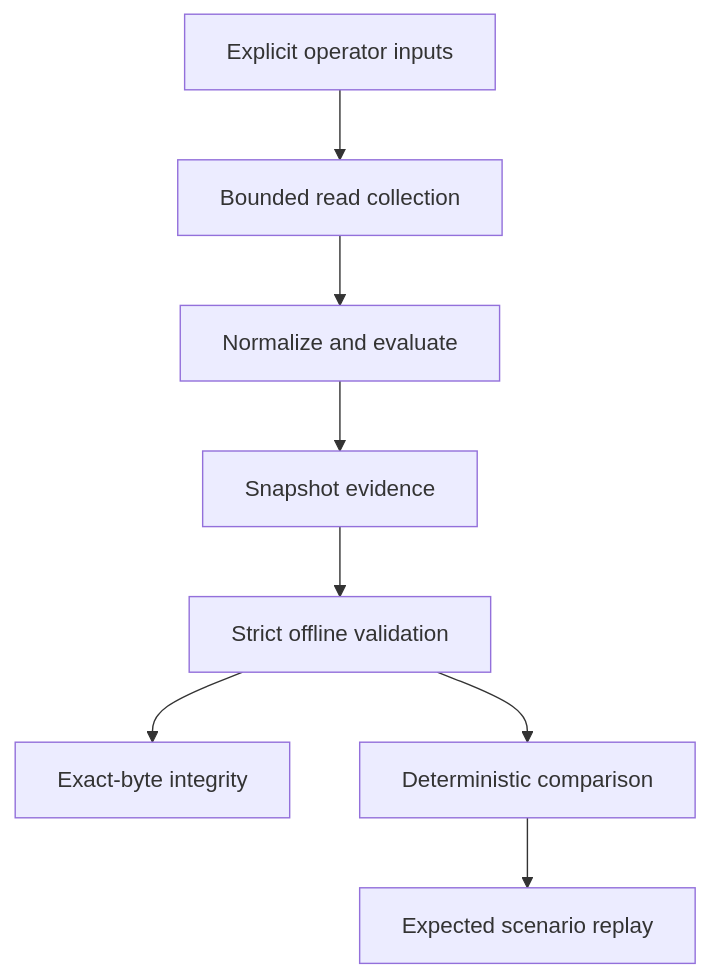
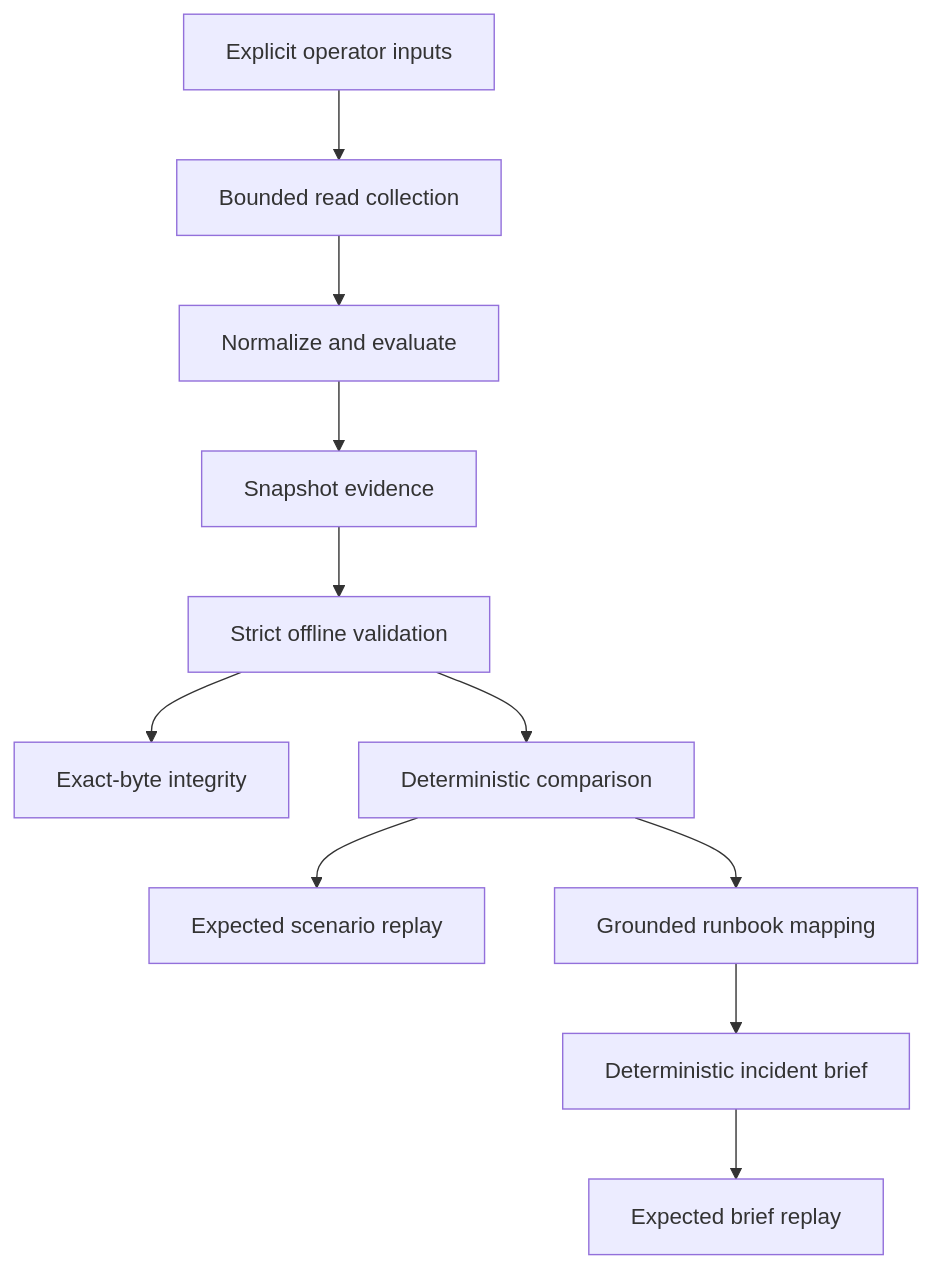
Before and after one commit to wmstipes/The-Foundry-Initiative: the diagram in docs/guides/forgeops-operator-learning-guide.md, drawn with Mermaid. The commit also changed other lines of this file and 6 other files, not shown here.

````diff
--- a/docs/guides/forgeops-operator-learning-guide.md
+++ b/docs/guides/forgeops-operator-learning-guide.md
@@ -178,10 +180,13 @@
 ```mermaid
 flowchart TD
     Inputs["Explicit operator inputs"] --> Collect["Bounded read collection"]
     Collect --> Evaluate["Normalize and evaluate"]
     Evaluate --> Evidence["Snapshot evidence"]
     Evidence --> Validate["Strict offline validation"]
     Validate --> Integrity["Exact-byte integrity"]
     Validate --> Compare["Deterministic comparison"]
     Compare --> Scenario["Expected scenario replay"]
+    Compare --> Mapping["Grounded runbook mapping"]
+    Mapping --> Brief["Deterministic incident brief"]
+    Brief --> BriefReplay["Expected brief replay"]
 ```
````
